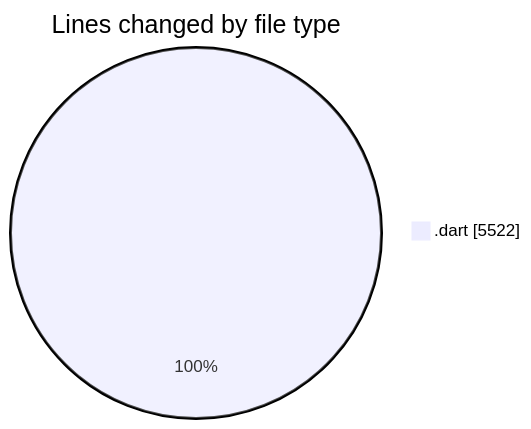
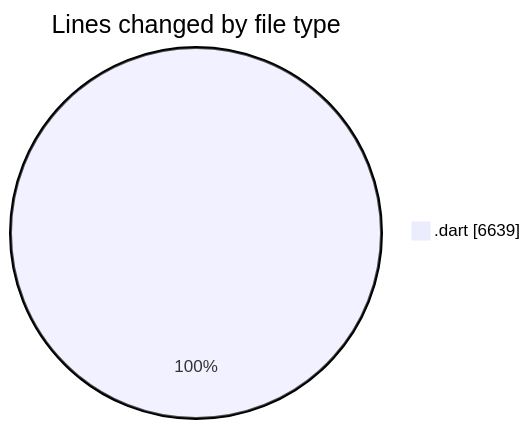
One commit to lephambinh05/code-tracking changed the first of 2 diagrams in 2025-08-25/studybuddy/README.md. Above: the diagram before and after it, drawn with Mermaid. The commit also changed other lines of this file and 1 other file, not shown here.

````diff
--- a/2025-08-25/studybuddy/README.md
+++ b/2025-08-25/studybuddy/README.md
@@ -30,5 +35,5 @@
 ```mermaid
 pie showData
 title Lines changed by file type
-".dart" : 5522
+".dart" : 6639
 ```
````
